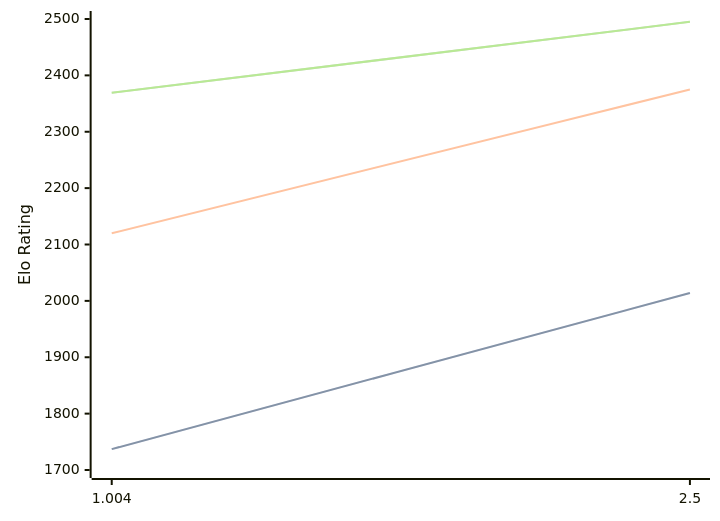
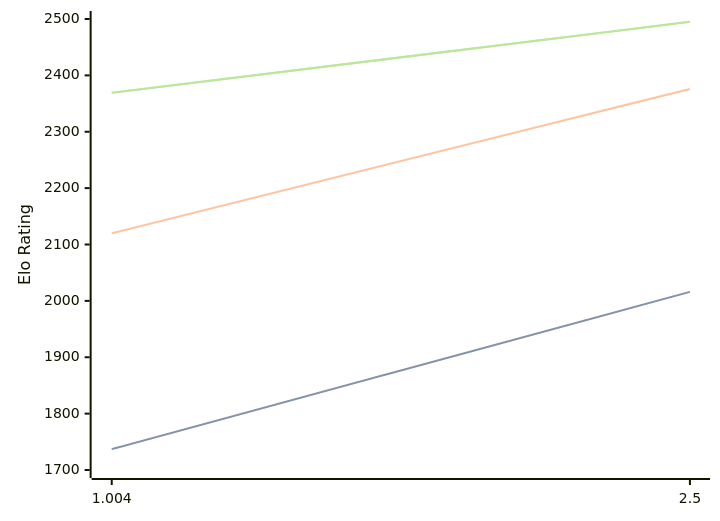
Before and after one commit to computer-chess-index/cci: the diagram in engines/Ares.md, drawn with Mermaid. The commit also changed other lines of this file, not shown here.

````diff
--- a/engines/Ares.md
+++ b/engines/Ares.md
@@ -32,11 +32,11 @@
 ```mermaid
 %%{init: {"theme":"base","themeVariables":{"seriesColors:['#a3a3a3','#222221','#faa371']}}}%%
 xychart-beta
   x-axis ["1.004", "2.5"]
   y-axis "Elo Rating" 1700 --> 2500
-  line "STC (8.0+0.08s)" [1737, 2014]
-  line "STC (8.0+0.08s)" [1737, 2014]
-  line "LTC (60.0+0.60s)" [2120, 2375]
+  line "STC (8.0+0.08s)" [1737, 2016]
+  line "STC (8.0+0.08s)" [1737, 2016]
+  line "LTC (60.0+0.60s)" [2120, 2376]
   line "VLTC (2m24s+1.12s)" [2369, 2495]
   line "VLTC (2m24s+1.12s)" [2369, 2495]
 ```
````
